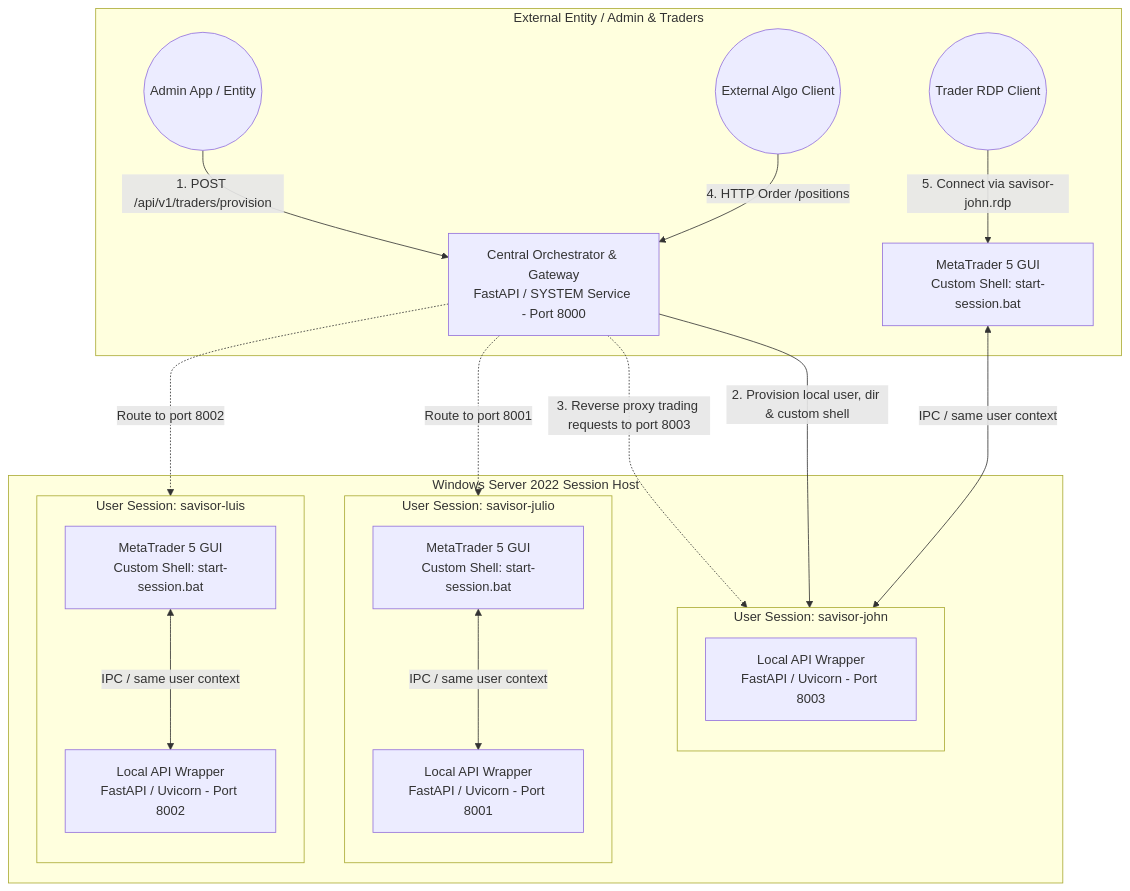
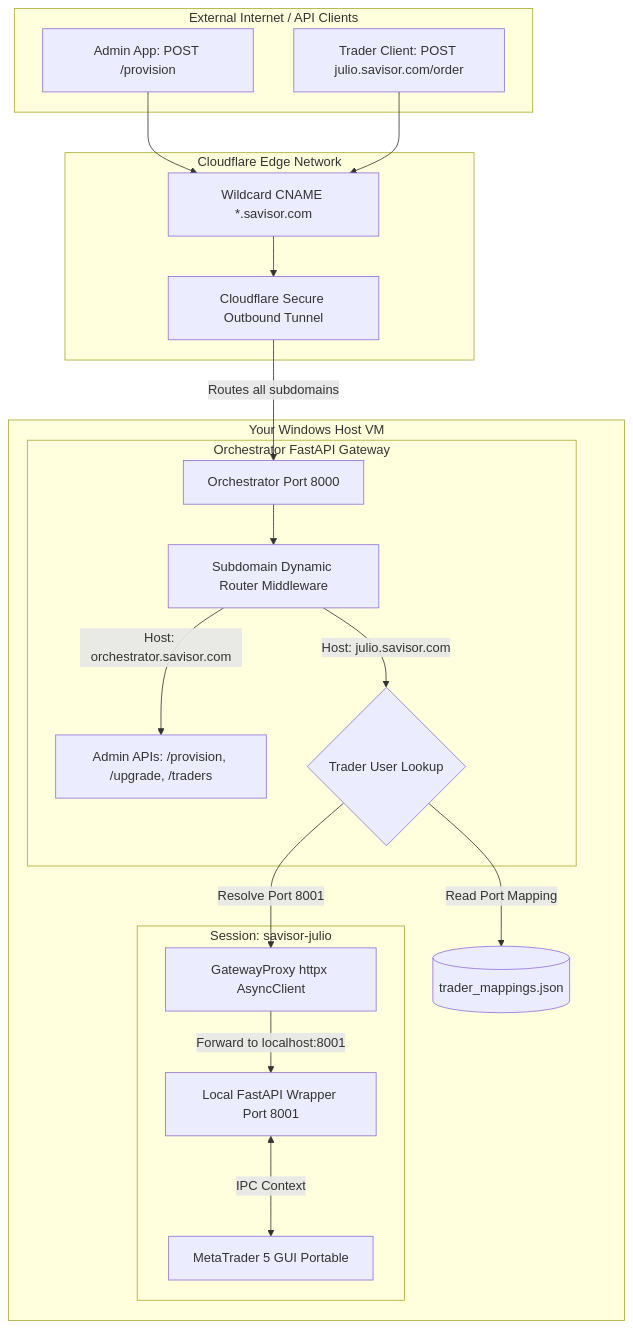
Before and after one commit to devffex/experiment-windows-server-metatrader: the first of 2 diagrams in README.md, drawn with Mermaid. The commit also changed other lines of this file, not shown here.

Commit message:
docs: fully recreate README.md with subdomain routing and AWS IaC configuration details

````diff
--- a/README.md
+++ b/README.md
@@ -26,41 +13,39 @@
 ```mermaid
 graph TD
-    subgraph External_Network [External Entity / Admin & Traders]
-        AdminApp((Admin App / Entity)) -->|1. POST /api/v1/traders/provision| Orchestrator
-        Trader1_App((External Algo Client)) -->|4. HTTP Order /positions| Orchestrator
-        Trader1_GUI((Trader RDP Client)) -->|5. Connect via savisor-john.rdp| RemoteApp_S1
+    subgraph External_Internet [External Internet / API Clients]
+        AdminClient[Admin App: POST /provision]
+        TraderClient[Trader Client: POST julio.savisor.com/order]
     end
 
-    subgraph Windows_Server [Windows Server 2022 Session Host]
-        Orchestrator[Central Orchestrator & Gateway<br>FastAPI / SYSTEM Service - Port 8000]
+    subgraph Cloudflare_Zero_Trust [Cloudflare Edge Network]
+        WildcardDNS[Wildcard CNAME *.savisor.com]
+        CfTunnel[Cloudflare Secure Outbound Tunnel]
+        
+        AdminClient --> WildcardDNS
+        TraderClient --> WildcardDNS
+        WildcardDNS --> CfTunnel
+    end
 
-        subgraph Session_S1 [User Session: savisor-john]
-            direction TB
-            RemoteApp_S1[MetaTrader 5 GUI<br>Custom Shell: start-session.bat]
-            API_S1[Local API Wrapper<br>FastAPI / Uvicorn - Port 8003]
+    subgraph Target_Server [Your Windows Host VM]
+        CfTunnel -->|Routes all subdomains| Port8000[Orchestrator Port 8000]
+        
+        subgraph Central_Orchestrator [Orchestrator FastAPI Gateway]
+            SubdomainMiddleware[Subdomain Dynamic Router Middleware]
+            Port8000 --> SubdomainMiddleware
             
-            RemoteApp_S1 <--->|IPC / same user context| API_S1
+            SubdomainMiddleware -->|Host: orchestrator.savisor.com| AdminRoutes[Admin APIs: /provision, /upgrade, /traders]
+            SubdomainMiddleware -->|Host: julio.savisor.com| LookupMapping{Trader User Lookup}
         end
-
-        subgraph Session_S2 [User Session: savisor-julio]
-            direction TB
-            RemoteApp_S2[MetaTrader 5 GUI<br>Custom Shell: start-session.bat]
-            API_S2[Local API Wrapper<br>FastAPI / Uvicorn - Port 8001]
-            
-            RemoteApp_S2 <--->|IPC / same user context| API_S2
+        
+        TraderStore[(trader_mappings.json)]
+        LookupMapping -->|Read Port Mapping| TraderStore
+        
+        GatewayProxy[GatewayProxy httpx AsyncClient]
+        LookupMapping -->|Resolve Port 8001| GatewayProxy
+        
+        subgraph User_Session_Julio [Session: savisor-julio]
+            GatewayProxy -->|Forward to localhost:8001| WrapperJulio[Local FastAPI Wrapper Port 8001]
+            WrapperJulio <--->|IPC Context| MT5_Julio[MetaTrader 5 GUI Portable]
         end
-
-        subgraph Session_S3 [User Session: savisor-luis]
-            direction TB
-            RemoteApp_S3[MetaTrader 5 GUI<br>Custom Shell: start-session.bat]
-            API_S3[Local API Wrapper<br>FastAPI / Uvicorn - Port 8002]
-            
-            RemoteApp_S3 <--->|IPC / same user context| API_S3
-        end
-
-        Orchestrator -->|2. Provision local user, dir & custom shell| Session_S1
-        Orchestrator -.->|3. Reverse proxy trading requests to port 8003| API_S1
-        Orchestrator -.->|Route to port 8001| API_S2
-        Orchestrator -.->|Route to port 8002| API_S3
     end
 ```
````
